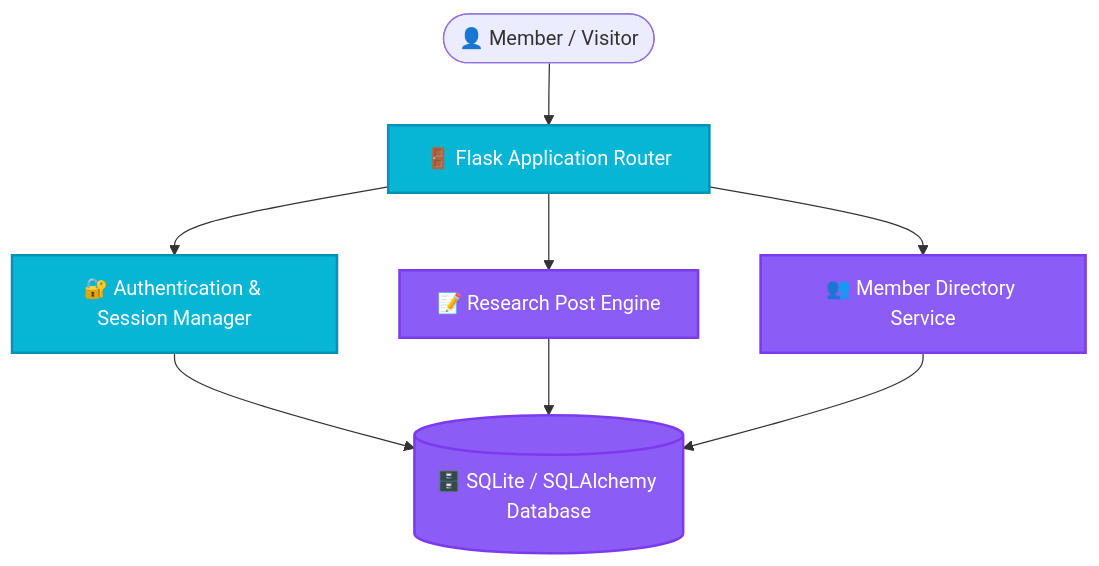
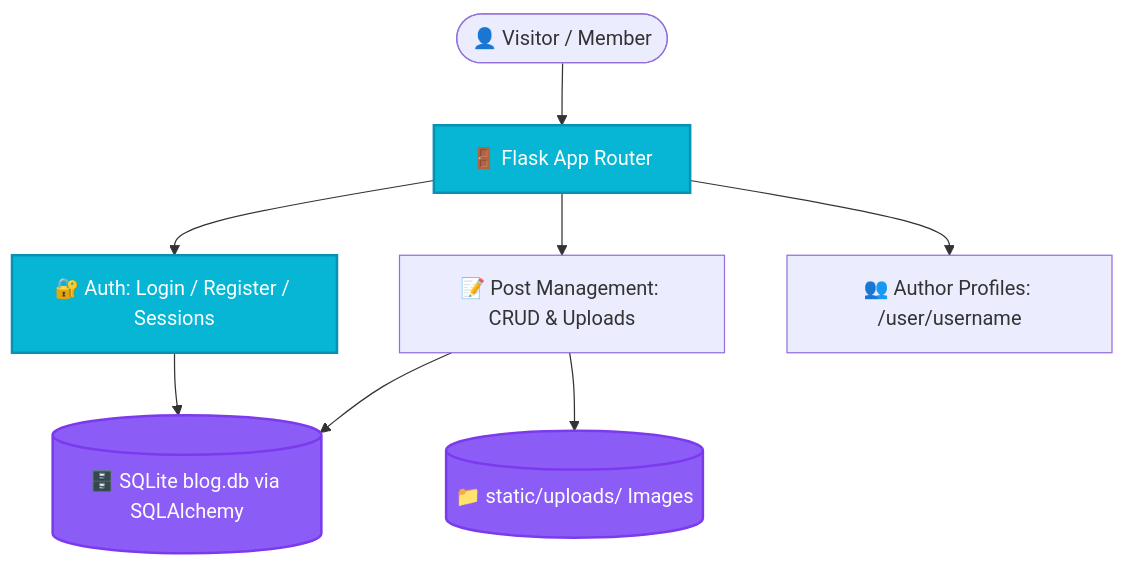
One commit to LoNebula/Laboratory-blog-flask changed the diagram in README.md. Above: the diagram before and after it, drawn with Mermaid. The commit also changed other lines of this file, not shown here.

````diff
--- a/README.md
+++ b/README.md
@@ -38,13 +58,14 @@
 ```mermaid
 graph TD
-  User([👤 Member / Visitor]) --> Router[🚪 Flask Application Router]
-  Router --> Auth[🔐 Authentication & Session Manager]
-  Router --> Blog[📝 Research Post Engine]
-  Router --> Members[👥 Member Directory Service]
-  Auth & Blog & Members --> DB[(🗄️ SQLite / SQLAlchemy Database)]
-  
+  Visitor([👤 Visitor / Member]) --> Routes[🚪 Flask App Router]
+  Routes --> Auth[🔐 Auth: Login / Register / Sessions]
+  Routes --> Posts[📝 Post Management: CRUD & Uploads]
+  Routes --> UserPage[👥 Author Profiles: /user/username]
+  Auth & Posts --> DB[(🗄️ SQLite blog.db via SQLAlchemy)]
+  Posts --> Storage[(📁 static/uploads/ Images)]
+
   classDef primary fill:#06b6d4,stroke:#0891b2,stroke-width:2px,color:#fff;
   classDef accent fill:#8b5cf6,stroke:#7c3aed,stroke-width:2px,color:#fff;
-  class Router,Auth primary;
-  class Blog,Members,DB accent;
+  class Routes,Auth primary;
+  class DB,Storage accent;
 ```
````
